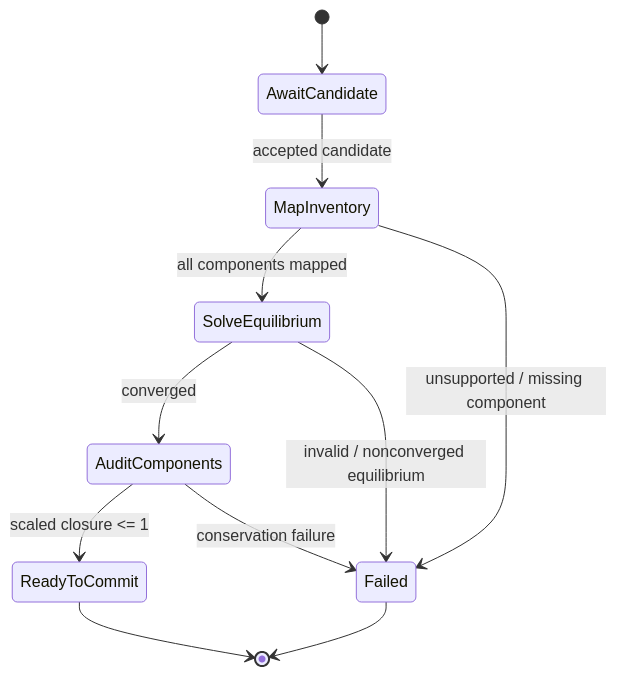
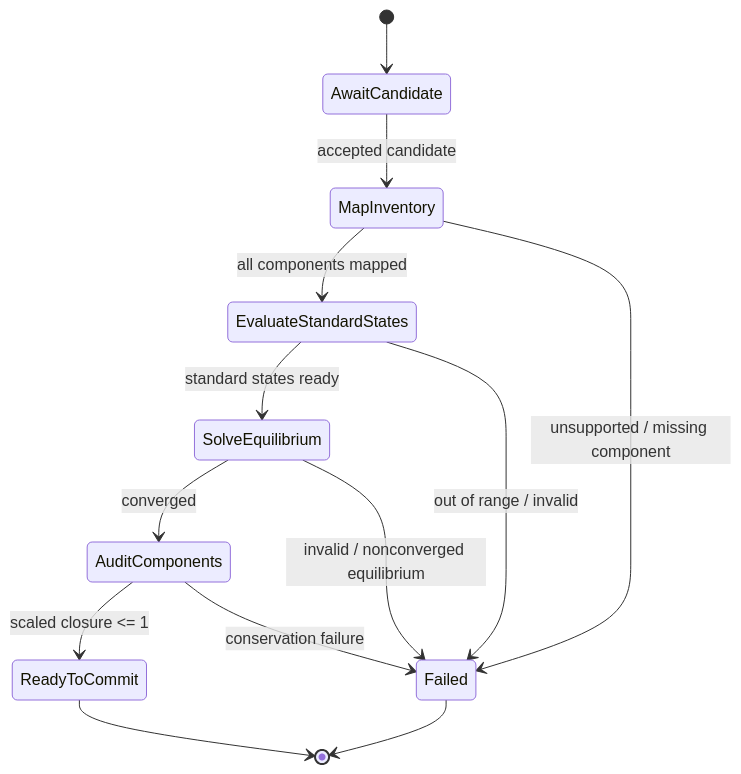
Before and after one commit to dward239/Thermodynamics_of_Solution: the third of 4 diagrams in architecture/sysml-v2/views/09-chemistry-time-coupling.md, drawn with Mermaid. The commit also changed other lines of this file and 7 other files, not shown here.

Commit message:
Evaluate chemical equilibrium at candidate vessel temperature

````diff
--- a/architecture/sysml-v2/views/09-chemistry-time-coupling.md
+++ b/architecture/sysml-v2/views/09-chemistry-time-coupling.md
@@ -50,13 +53,15 @@
 ```mermaid
 stateDiagram-v2
   [*] --> AwaitCandidate
   AwaitCandidate --> MapInventory: accepted candidate
-  MapInventory --> SolveEquilibrium: all components mapped
+  MapInventory --> EvaluateStandardStates: all components mapped
+  EvaluateStandardStates --> SolveEquilibrium: standard states ready
   SolveEquilibrium --> AuditComponents: converged
   AuditComponents --> ReadyToCommit: scaled closure <= 1
   MapInventory --> Failed: unsupported / missing component
+  EvaluateStandardStates --> Failed: out of range / invalid
   SolveEquilibrium --> Failed: invalid / nonconverged equilibrium
   AuditComponents --> Failed: conservation failure
   ReadyToCommit --> [*]
   Failed --> [*]
 ```
````
